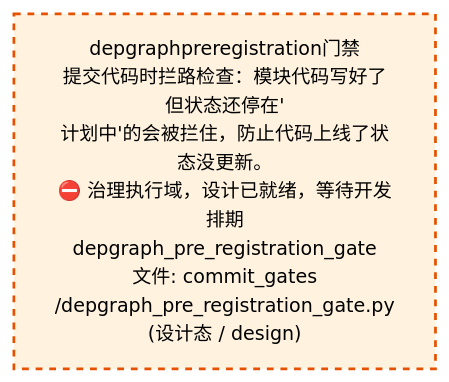
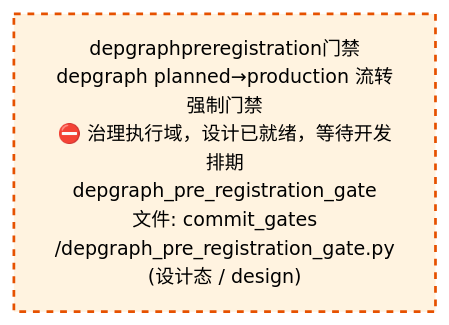
The third of 4 diagrams in docs/02_enterprise_architecture/02_domain_architecture_docs/53_d_gov_enforcement.md (xuanFelixVan/ZephyrAlpha), drawn with Mermaid before and after one commit. The commit also changed other lines of this file and 45 other files, not shown here.

````diff
--- a/docs/02_enterprise_architecture/02_domain_architecture_docs/53_d_gov_enforcement.md
+++ b/docs/02_enterprise_architecture/02_domain_architecture_docs/53_d_gov_enforcement.md
@@ -342,10 +342,10 @@
 ```mermaid
 %%{init: {'theme': 'base', 'themeVariables': {'primaryColor': '#eaeaea', 'primaryTextColor': '#333333', 'primaryBorderColor': '#666666', 'lineColor': '#666666', 'secondaryColor': '#eaeaea', 'tertiaryColor': '#eaeaea', 'fontSize': '14px'}}}%%
 flowchart TD
-    src_zephyr_gov_enforcement_commit_gates_depgraph_pre_registration_gate_py["depgraphpreregistration门禁<br/>提交代码时拦路检查：模块代码写好了但状态还停在'<br/>计划中'的会被拦住，防止代码上线了状态没更新。<br/>⛔ 治理执行域，设计已就绪，等待开发排期<br/>depgraph_pre_registration_gate<br/>文件: commit_gates<br/>/depgraph_pre_registration_gate.py<br/>(设计态 / design)"]
+    src_zephyr_gov_enforcement_commit_gates_depgraph_pre_registration_gate_py["depgraphpreregistration门禁<br/>depgraph planned→production 流转强制门禁<br/>⛔ 治理执行域，设计已就绪，等待开发排期<br/>depgraph_pre_registration_gate<br/>文件: commit_gates<br/>/depgraph_pre_registration_gate.py<br/>(设计态 / design)"]
     classDef production fill:#e1f5fe,stroke:#01579b,stroke-width:2px,color:#000
     classDef design fill:#fff3e0,stroke:#e65100,stroke-width:2px,color:#000,stroke-dasharray: 5 5
     classDef external_prod fill:#e8f4fd,stroke:#0277bd,stroke-width:1px,color:#000
     classDef external_design fill:#fff8e7,stroke:#ef6c00,stroke-width:1px,color:#000,stroke-dasharray: 5 5
     class src_zephyr_gov_enforcement_commit_gates_depgraph_pre_registration_gate_py design
 ```
````
